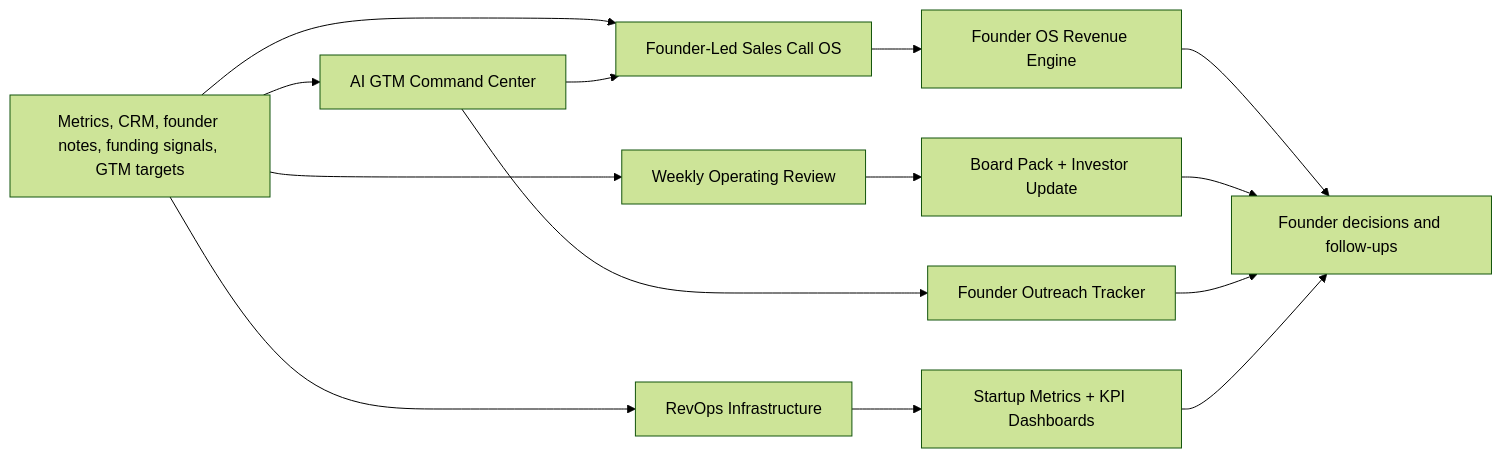
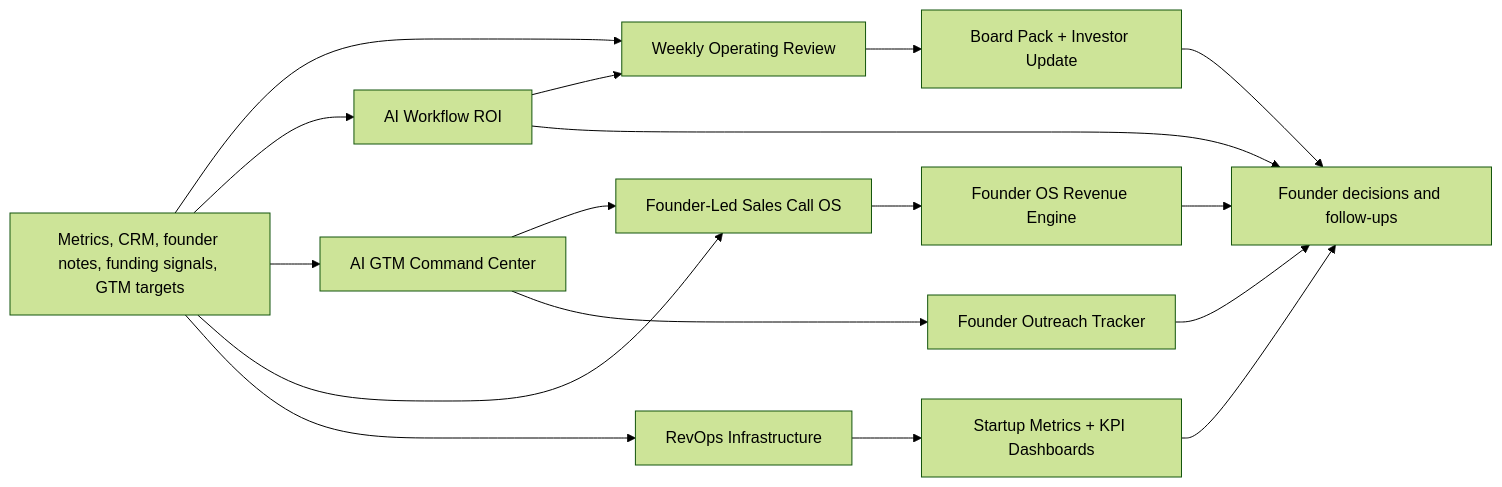
Before and after one commit to shubham1502-hue/founder-os: the diagram in README.md, drawn with Mermaid (forest theme). The commit also changed other lines of this file, not shown here.

Commit message:
Add Founder AI Workflow ROI OS portfolio links

````diff
--- a/README.md
+++ b/README.md
@@ -79,16 +80,19 @@
 ```mermaid
 flowchart LR
     Inputs["Metrics, CRM, founder notes, funding signals, GTM targets"] --> Review["Weekly Operating Review"]
+    Inputs --> AIWorkflow["AI Workflow ROI"]
     Inputs --> GTM["AI GTM Command Center"]
     Inputs --> Calls["Founder-Led Sales Call OS"]
     Inputs --> RevOps["RevOps Infrastructure"]
+    AIWorkflow --> Review
+    AIWorkflow --> Decisions["Founder decisions and follow-ups"]
     Review --> Board["Board Pack + Investor Update"]
     GTM --> Calls
     Calls --> Revenue["Founder OS Revenue Engine"]
     GTM --> Outreach["Founder Outreach Tracker"]
     RevOps --> Metrics["Startup Metrics + KPI Dashboards"]
     Revenue --> Decisions["Founder decisions and follow-ups"]
     Board --> Decisions["Founder decisions and follow-ups"]
     Outreach --> Decisions
     Metrics --> Decisions
 ```
````
